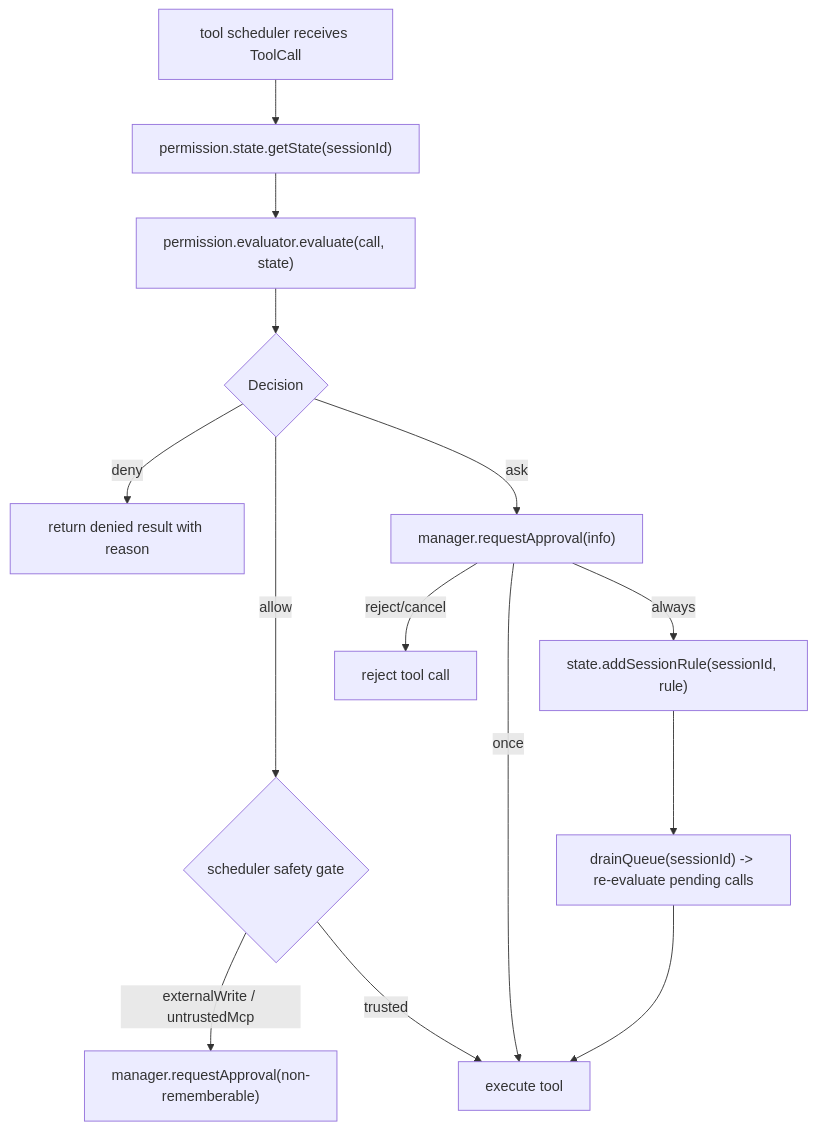
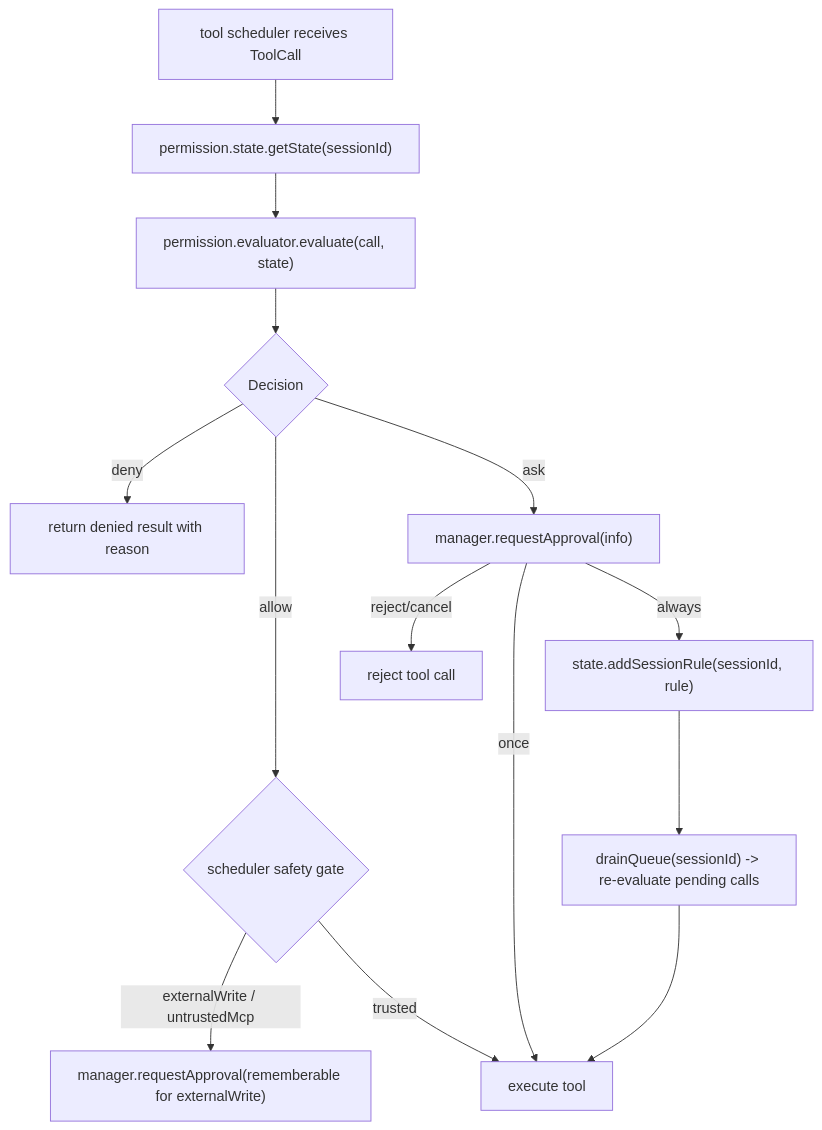
Before and after one commit to diverHansun/ohbaby-agent: the diagram in docs/permission/refactor/problem-analysis.md, drawn with Mermaid. The commit also changed other lines of this file and 26 other files, not shown here.

````diff
--- a/docs/permission/refactor/problem-analysis.md
+++ b/docs/permission/refactor/problem-analysis.md
@@ -154,16 +154,16 @@
 ```mermaid
 flowchart TD
   A["tool scheduler receives ToolCall"] --> B["permission.state.getState(sessionId)"]
   B --> C["permission.evaluator.evaluate(call, state)"]
   C --> D{Decision}
   D -->|deny| E["return denied result with reason"]
   D -->|allow| F{"scheduler safety gate"}
-  F -->|externalWrite / untrustedMcp| G["manager.requestApproval(non-rememberable)"]
+  F -->|externalWrite / untrustedMcp| G["manager.requestApproval(rememberable for externalWrite)"]
   F -->|trusted| H["execute tool"]
   D -->|ask| I["manager.requestApproval(info)"]
   I -->|once| H
   I -->|always| J["state.addSessionRule(sessionId, rule)"]
   J --> K["drainQueue(sessionId) -> re-evaluate pending calls"]
   K --> H
   I -->|reject/cancel| L["reject tool call"]
 ```
````
